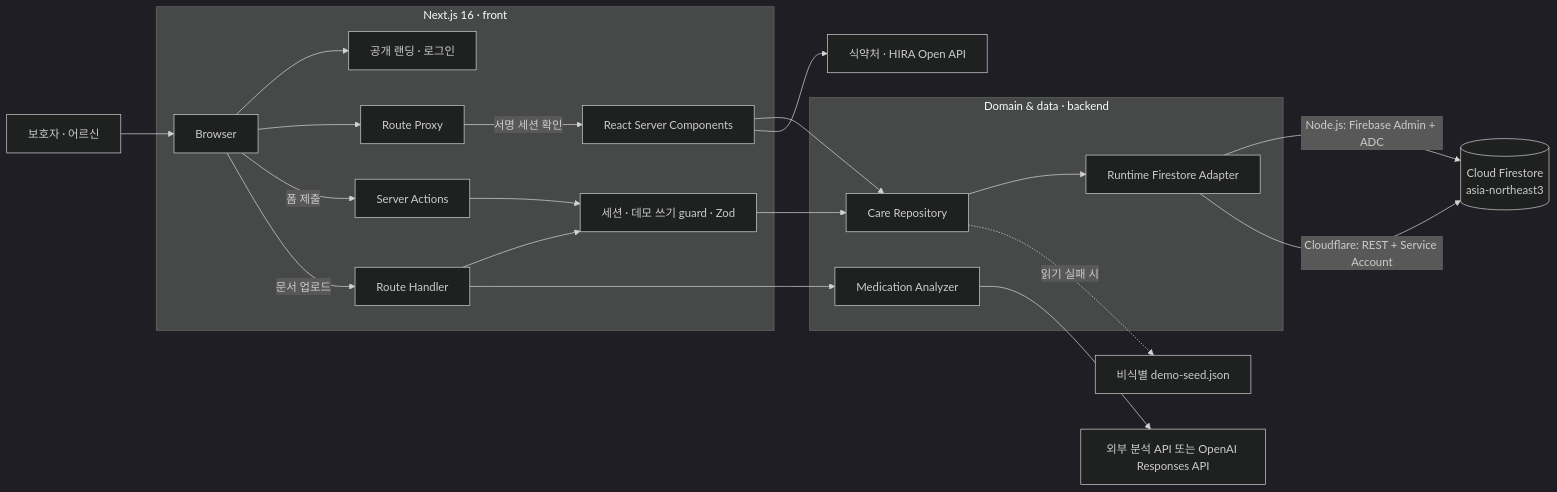
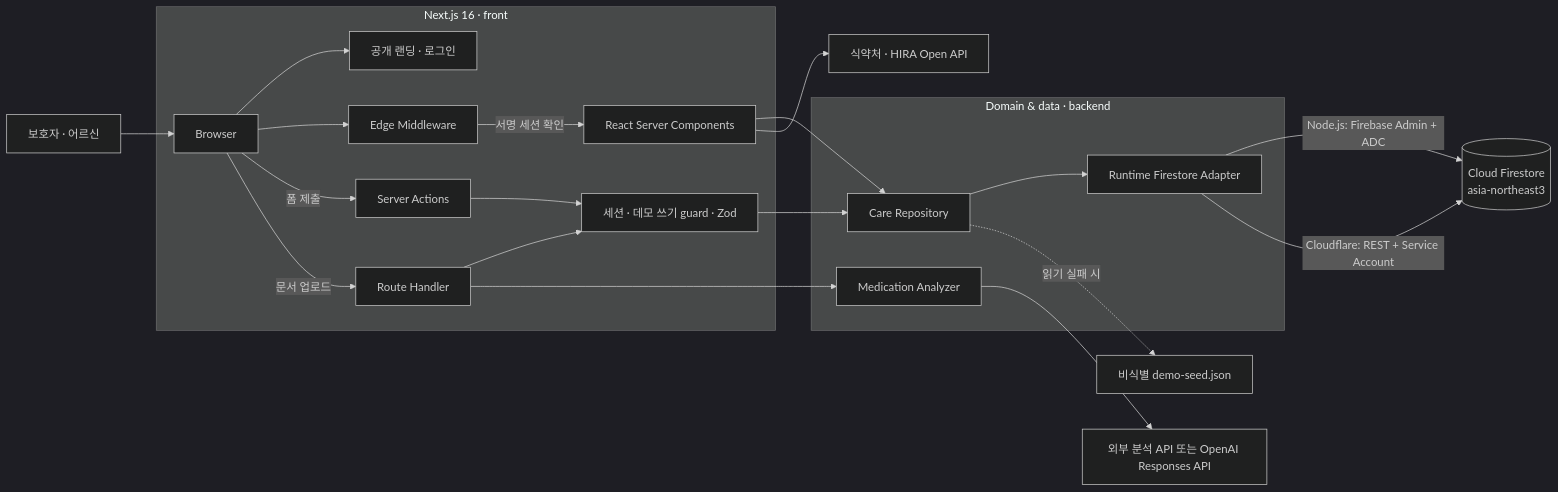
Before and after one commit to IPILLGOOD/IPILLGOOD: the diagram in README.md, drawn with Mermaid (dark theme). The commit also changed other lines of this file, not shown here.

````diff
--- a/README.md
+++ b/README.md
@@ -26,27 +26,27 @@
 ```mermaid
 flowchart LR
   U["보호자 · 어르신"] --> B["Browser"]
 
   subgraph F["Next.js 16 · front"]
     B --> PUB["공개 랜딩 · 로그인"]
-    B --> PX["Route Proxy"]
+    B --> PX["Edge Middleware"]
     PX -->|"서명 세션 확인"| RSC["React Server Components"]
     B -->|"폼 제출"| SA["Server Actions"]
     B -->|"문서 업로드"| RH["Route Handler"]
     SA --> V["세션 · 데모 쓰기 guard · Zod"]
     RH --> V
   end
 
   subgraph D["Domain & data · backend"]
     RSC --> CR["Care Repository"]
     V --> CR
     RH --> MA["Medication Analyzer"]
     CR --> AD["Runtime Firestore Adapter"]
   end
 
   AD -->|"Node.js: Firebase Admin + ADC"| FS[("Cloud Firestore<br/>asia-northeast3")]
   AD -->|"Cloudflare: REST + Service Account"| FS
   MA --> EXT["외부 분석 API 또는 OpenAI Responses API"]
   RSC --> OFFICIAL["식약처 · HIRA Open API"]
   CR -. "읽기 실패 시" .-> SEED["비식별 demo-seed.json"]
 ```
````
